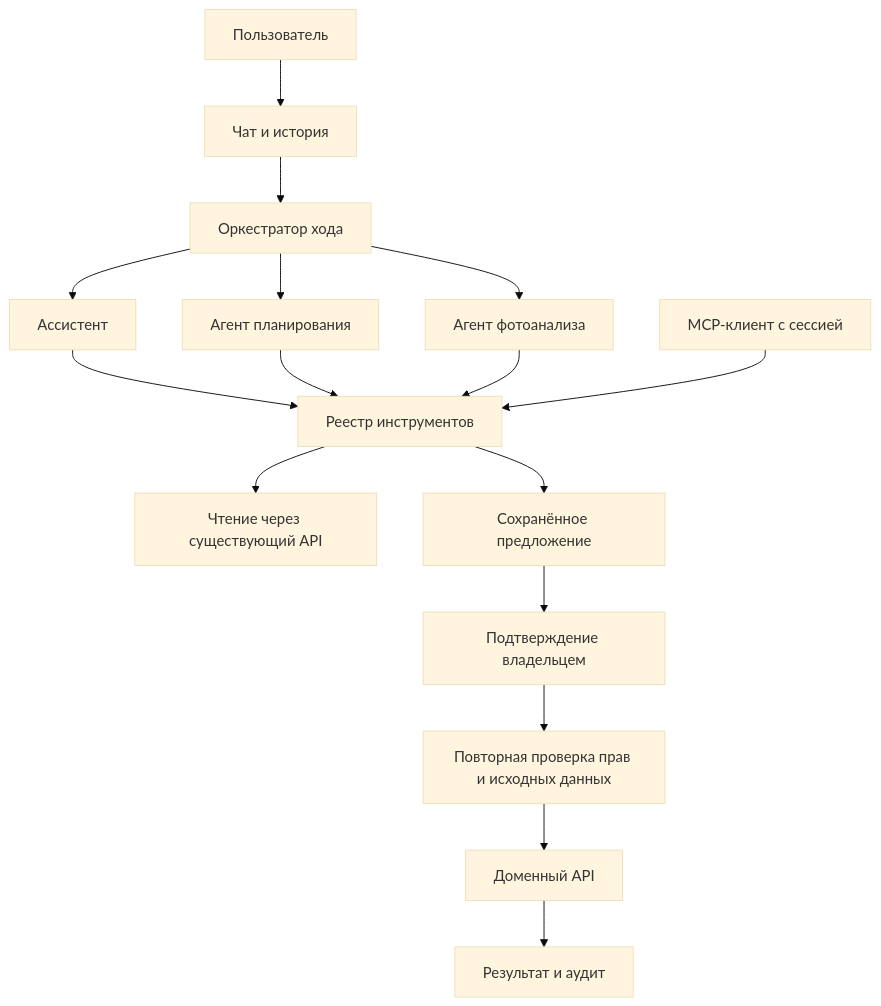
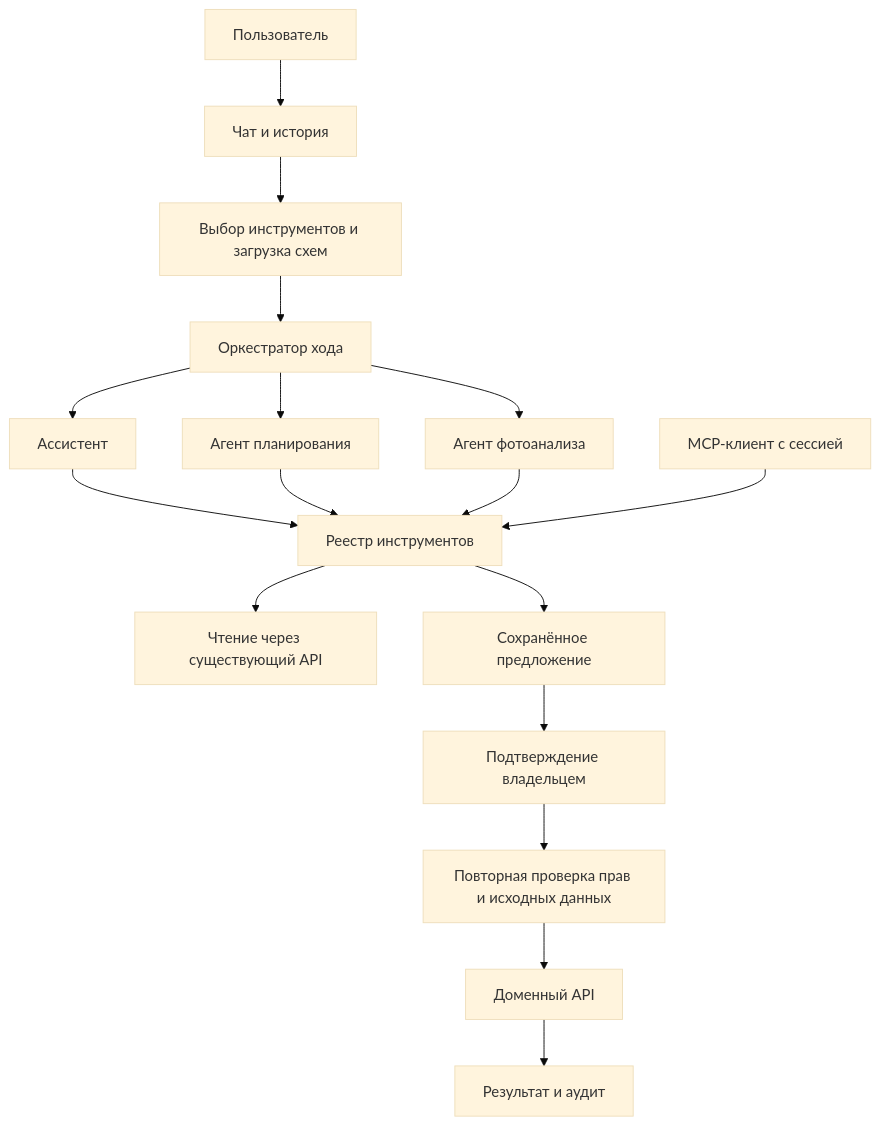
One commit to Fir-White/FixRateAI changed the diagram in docs/service/assistant.md. Above: the diagram before and after it, drawn with Mermaid (base theme). The commit also changed other lines of this file and 28 other files, not shown here.

````diff
--- a/docs/service/assistant.md
+++ b/docs/service/assistant.md
@@ -13,18 +13,19 @@
 ```mermaid
 flowchart TD
     U[Пользователь] --> C[Чат и история]
-    C --> R[Оркестратор хода]
+    C --> S[Выбор инструментов и загрузка схем]
+    S --> R[Оркестратор хода]
     R --> A[Ассистент]
     R --> P[Агент планирования]
     R --> V[Агент фотоанализа]
     A --> T[Реестр инструментов]
     P --> T
     V --> T
     M[MCP-клиент с сессией] --> T
     T --> Q[Чтение через существующий API]
     T --> D[Сохранённое предложение]
     D --> H[Подтверждение владельцем]
     H --> E[Повторная проверка прав и исходных данных]
     E --> B[Доменный API]
     B --> O[Результат и аудит]
 ```
````
